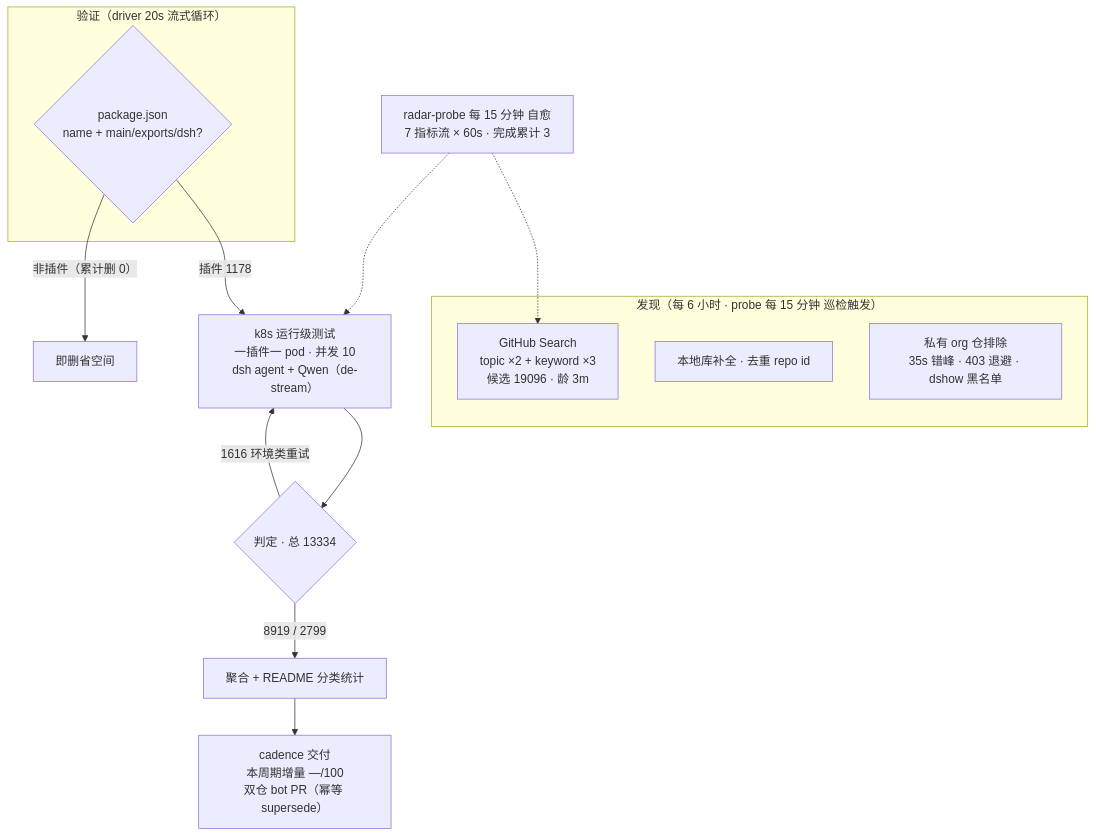
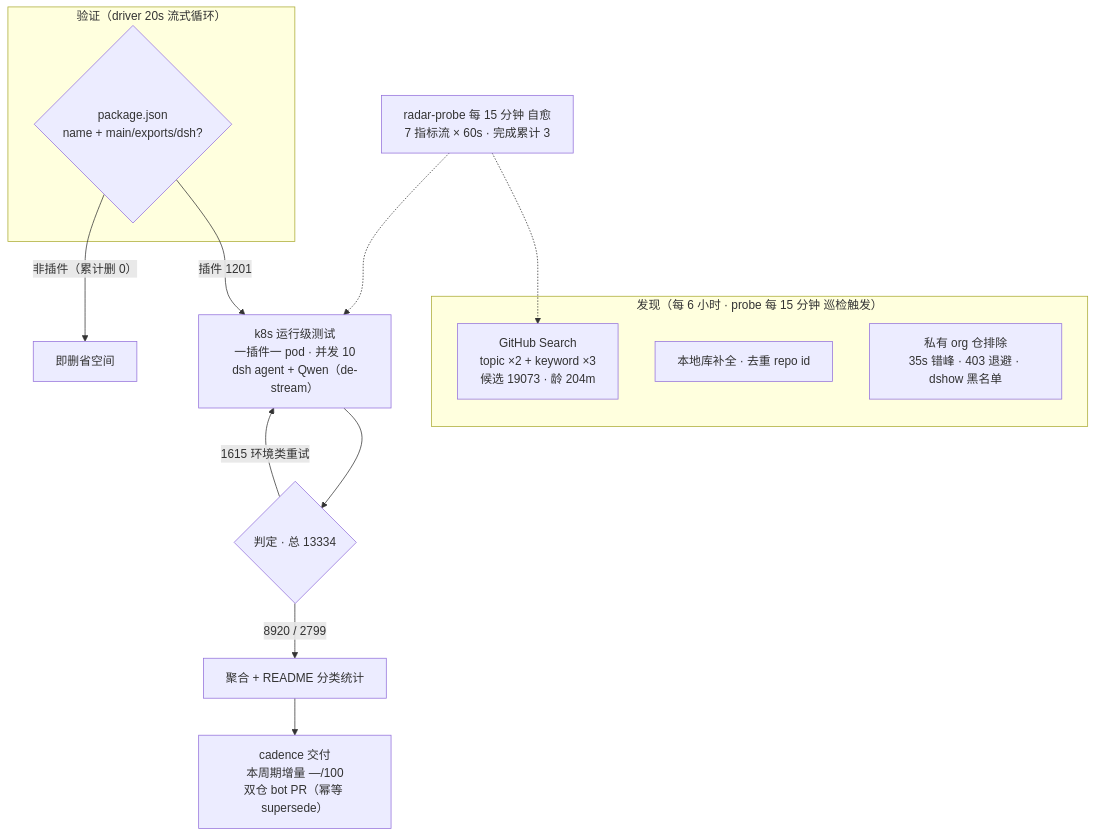
Before and after one commit to Zhidao-Lab-OSS/awesome-dsh-plugins: the diagram in README.md, drawn with Mermaid. The commit also changed other lines of this file and 1 other file, not shown here.

````diff
--- a/README.md
+++ b/README.md
@@ -52,20 +53,20 @@
 ```mermaid
 flowchart TB
     subgraph Discovery["发现（每 6 小时 · probe 每 15 分钟 巡检触发）"]
-        A1["GitHub Search<br/>topic ×2 + keyword ×3<br/>候选 19096 · 龄 3m"]
+        A1["GitHub Search<br/>topic ×2 + keyword ×3<br/>候选 19073 · 龄 204m"]
         A2["本地库补全 · 去重 repo id"]
         A3["私有 org 仓排除<br/>35s 错峰 · 403 退避 · dshow 黑名单"]
     end
     subgraph Validation["验证（driver 20s 流式循环）"]
         B1{"package.json<br/>name + main/exports/dsh?"}
     end
-    B1 -->|"插件 1178"| C1["k8s 运行级测试<br/>一插件一 pod · 并发 10<br/>dsh agent + Qwen（de-stream）"]
+    B1 -->|"插件 1201"| C1["k8s 运行级测试<br/>一插件一 pod · 并发 10<br/>dsh agent + Qwen（de-stream）"]
     B1 -->|"非插件（累计删 0）"| B3["即删省空间"]
     C1 --> D1{"判定 · 总 13334"}
-    D1 -->|"8919 / 2799"| E1["聚合 + README 分类统计"]
-    D1 -->|"1616 环境类重试"| C1
+    D1 -->|"8920 / 2799"| E1["聚合 + README 分类统计"]
+    D1 -->|"1615 环境类重试"| C1
     E1 --> E2["cadence 交付<br/>本周期增量 —/100<br/>双仓 bot PR（幂等 supersede）"]
     M["radar-probe 每 15 分钟 自愈<br/>7 指标流 × 60s · 完成累计 3"]
     M -.-> A1
     M -.-> C1
 ```
````
